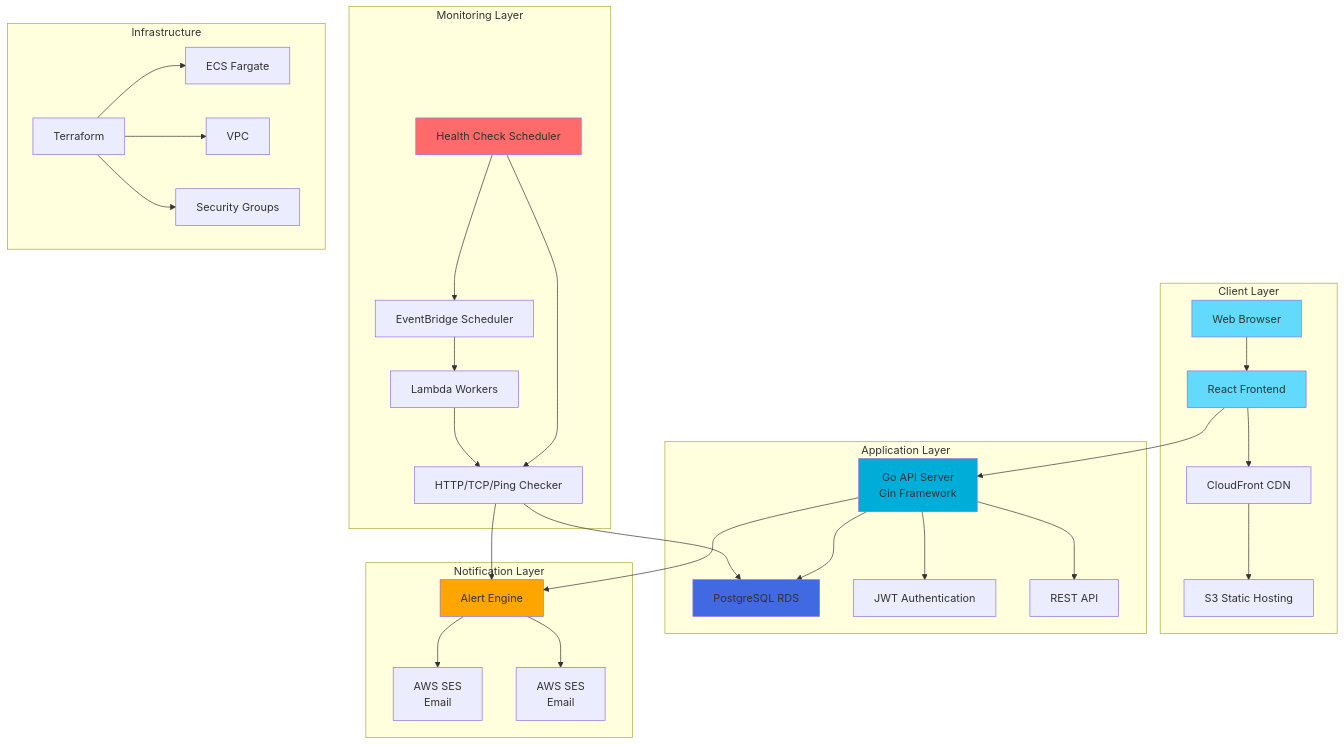
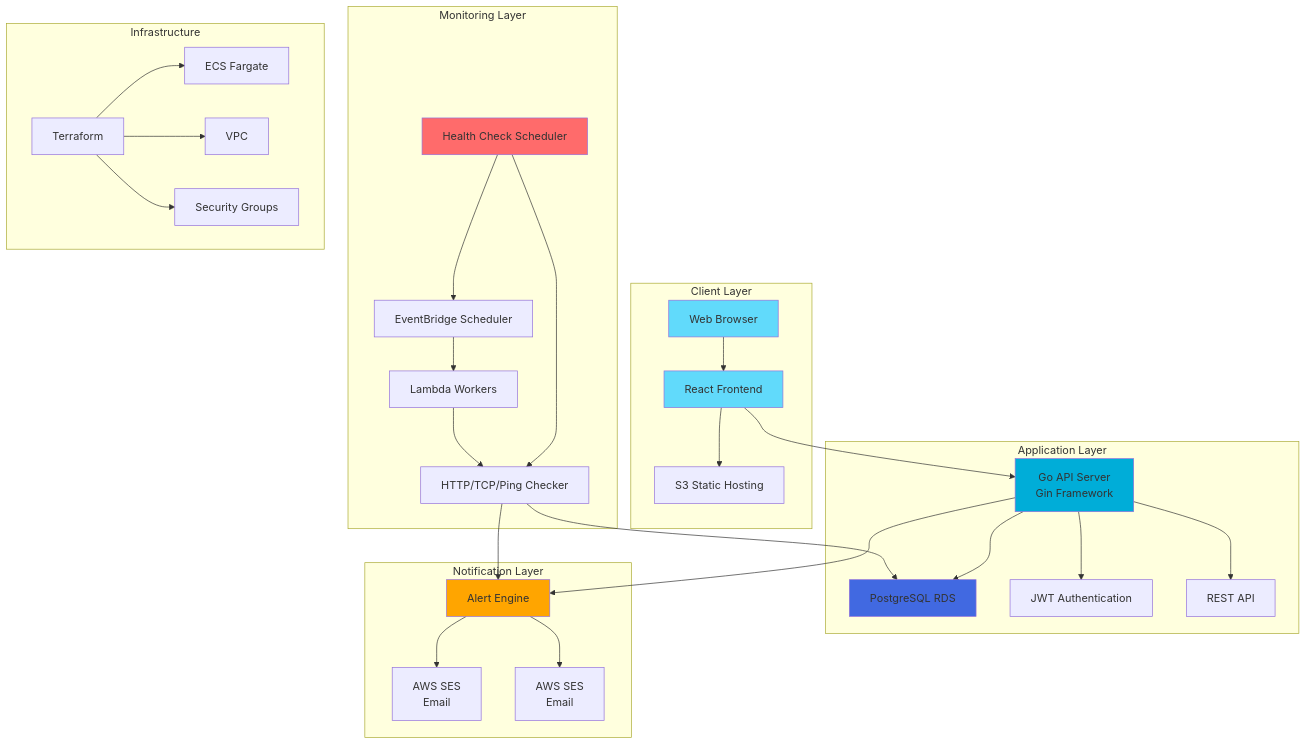
Before and after one commit to thedevlake/pulsegrid-v1: the diagram in README.md, drawn with Mermaid. The commit also changed other lines of this file, not shown here.

````diff
--- a/README.md
+++ b/README.md
@@ -70,44 +70,43 @@
 ```mermaid
 graph TB
     subgraph "Client Layer"
         A[Web Browser] --> B[React Frontend]
-        B --> C[CloudFront CDN]
-        C --> D[S3 Static Hosting]
+        B --> D[S3 Static Hosting]
     end
 
     subgraph "Application Layer"
         E[Go API Server<br/>Gin Framework] --> F[PostgreSQL RDS]
         E --> G[JWT Authentication]
         E --> H[REST API]
     end
 
     subgraph "Monitoring Layer"
         I[Health Check Scheduler] --> J[HTTP/TCP/Ping Checker]
         I --> K[EventBridge Scheduler]
         K --> L[Lambda Workers]
         L --> J
     end
 
     subgraph "Notification Layer"
         M[Alert Engine] --> N[AWS SES<br/>Email]
         M --> O[AWS SES<br/>Email]
     end
 
     subgraph "Infrastructure"
         P[Terraform] --> Q[ECS Fargate]
         P --> R[VPC]
         P --> S[Security Groups]
     end
 
     B --> E
     J --> F
     J --> M
     E --> M
 
     style A fill:#61DAFB
     style B fill:#61DAFB
     style E fill:#00ADD8
     style F fill:#4169E1
     style I fill:#FF6B6B
     style M fill:#FFA500
 ```
````
